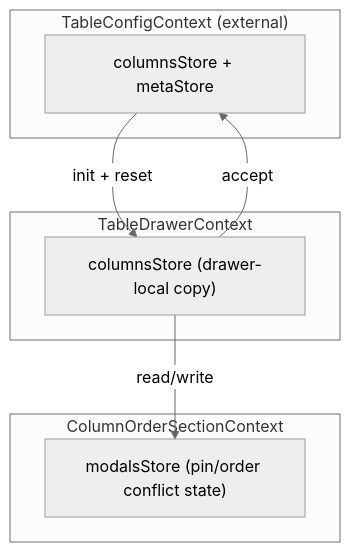
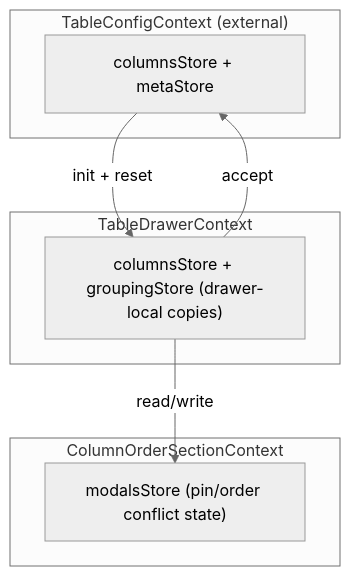
One commit to luciocabrera/lcabrera-stack changed the third of 3 diagrams in packages/ui/src/components/Table/TableSettingsDrawer/ARCHITECTURE.md. Above: the diagram before and after it, drawn with Mermaid (neutral theme). The commit also changed other lines of this file and 45 other files, not shown here.

First line of the commit message:
fix(ui): stage grouping drawer edits and commit them on Accept (#655)

````diff
--- a/packages/ui/src/components/Table/TableSettingsDrawer/ARCHITECTURE.md
+++ b/packages/ui/src/components/Table/TableSettingsDrawer/ARCHITECTURE.md
@@ -276,18 +288,18 @@
 ```mermaid
 graph TD
   subgraph "TableConfigContext (external)"
     TCC["columnsStore + metaStore"]
   end
 
   subgraph "TableDrawerContext"
-    TDC["columnsStore (drawer-local copy)"]
+    TDC["columnsStore + groupingStore (drawer-local copies)"]
   end
 
   subgraph "ColumnOrderSectionContext"
     COSC["modalsStore (pin/order conflict state)"]
   end
 
   TCC -->|"init + reset"| TDC
   TDC -->|"accept"| TCC
   TDC -->|"read/write"| COSC
 ```
````
